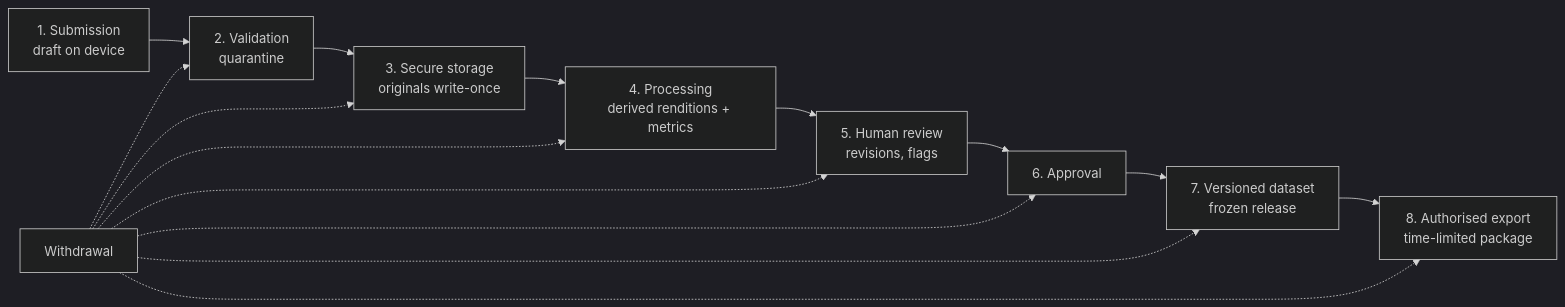
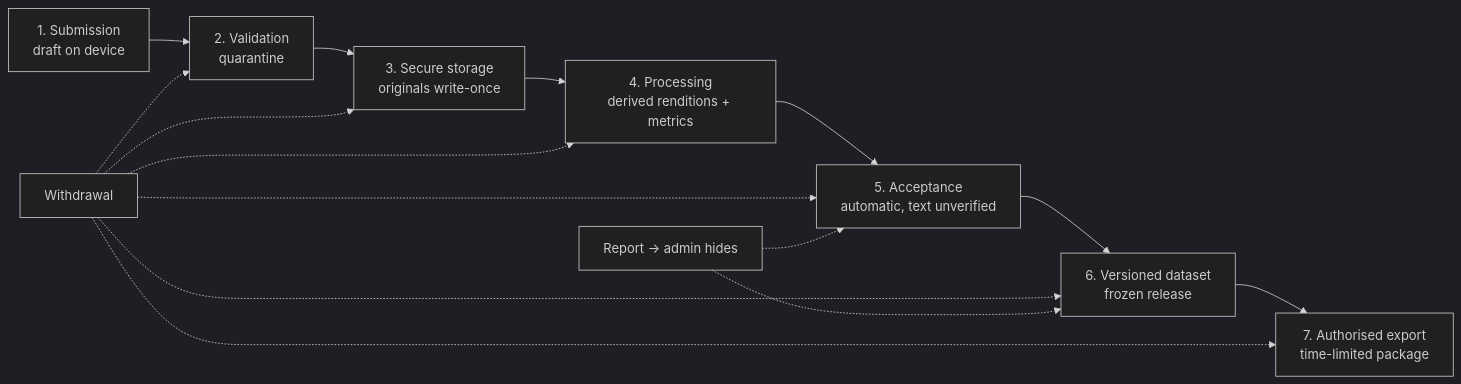
The diagram in docs/DATA_LIFECYCLE.md (21mohit-dotcom/lokdhara), drawn with Mermaid (dark theme) before and after one commit. The commit also changed other lines of this file and 1 other file, not shown here.

First line of the commit message:
docs: replace the human review stage with acceptance and reports

````diff
--- a/docs/DATA_LIFECYCLE.md
+++ b/docs/DATA_LIFECYCLE.md
@@ -9,11 +9,11 @@
 ```mermaid
 flowchart LR
     S[1. Submission<br/>draft on device] --> V[2. Validation<br/>quarantine]
     V --> ST[3. Secure storage<br/>originals write-once]
     ST --> P[4. Processing<br/>derived renditions + metrics]
-    P --> R[5. Human review<br/>revisions, flags]
-    R --> A[6. Approval]
-    A --> D[7. Versioned dataset<br/>frozen release]
-    D --> E[8. Authorised export<br/>time-limited package]
-    W[Withdrawal] -.-> V & ST & P & R & A & D & E
+    P --> A[5. Acceptance<br/>automatic, text unverified]
+    A --> D[6. Versioned dataset<br/>frozen release]
+    D --> E[7. Authorised export<br/>time-limited package]
+    W[Withdrawal] -.-> V & ST & P & A & D & E
+    H[Report → admin hides] -.-> A & D
 ```
````
